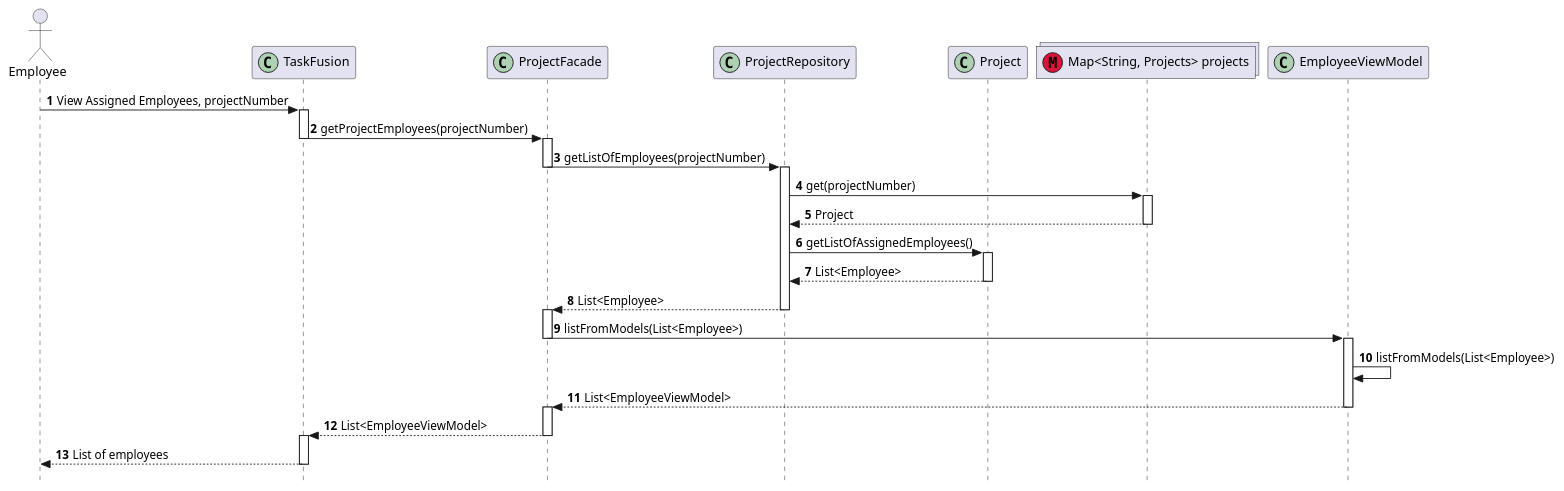
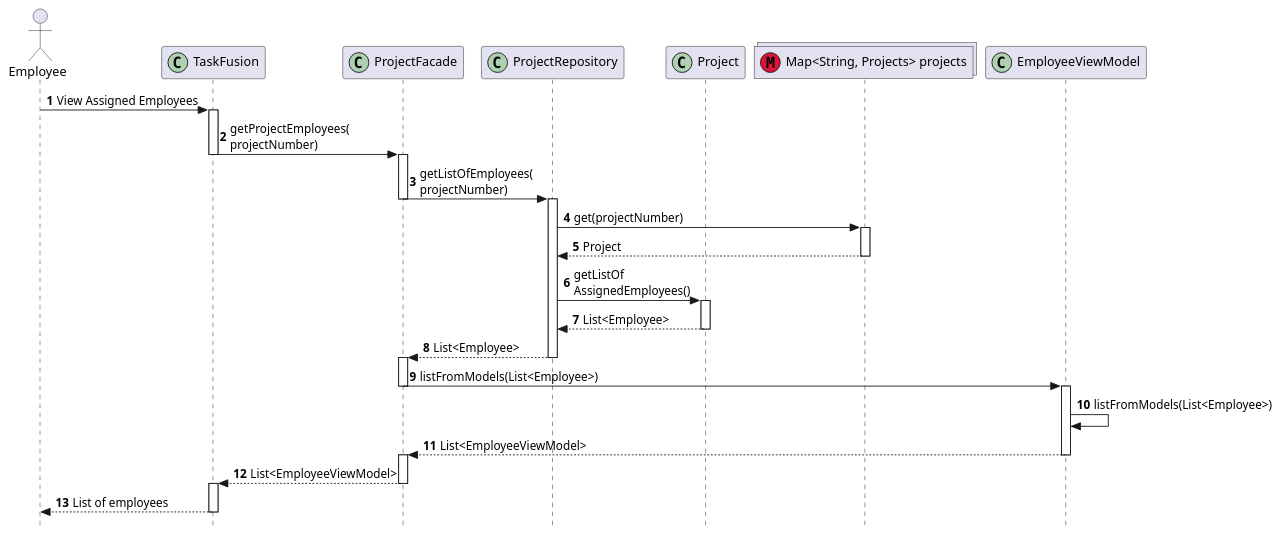
The diagram in RequirementsAndDesign/SequenceDiagrams/viewAssignedEmployees.puml (rwiuff/02161ExamProject), drawn with PlantUML before and after one commit. The commit also changed 23 other files, not shown here.

```diff
--- a/RequirementsAndDesign/SequenceDiagrams/viewAssignedEmployees.puml
+++ b/RequirementsAndDesign/SequenceDiagrams/viewAssignedEmployees.puml
@@ -1,28 +1,28 @@
 @startuml seqViewAssignedEmployees
 autonumber
 hide footbox
 skinparam style strictuml
 hide unlinked
 actor "Employee" as employee
 participant "TaskFusion" as app << (C,#ADD1B2) >>
 participant "ProjectFacade" as projectfacade << (C,#ADD1B2) >>
 participant "ProjectRepository" as projectrepo << (C,#ADD1B2) >>
 participant "Project" as project << (C,#ADD1B2) >>
 collections "Map<String, Projects> projects" as projects << (M, Crimson) >>
 collections "Map<String, Employee> employees" as emps << (M,Crimson) >>
 participant "EmployeeViewModel" as empvm << (C,#ADD1B2) >>
 
-employee -> app++: View Assigned Employees, projectNumber
-app -> projectfacade--++: getProjectEmployees(projectNumber)
-projectfacade -> projectrepo--++: getListOfEmployees(projectNumber)
+employee -> app++: View Assigned Employees
+app -> projectfacade--++: getProjectEmployees(\nprojectNumber)
+projectfacade -> projectrepo--++: getListOfEmployees(\nprojectNumber)
 projectrepo -> projects++: get(projectNumber)
 projects --> projectrepo--: Project
-projectrepo -> project++: getListOfAssignedEmployees()
+projectrepo -> project++: getListOf\nAssignedEmployees()
 project --> projectrepo--: List<Employee>
 projectrepo --> projectfacade--++: List<Employee>
 projectfacade -> empvm--++: listFromModels(List<Employee>)
 empvm -> empvm: listFromModels(List<Employee>)
 empvm --> projectfacade--++: List<EmployeeViewModel>
 projectfacade --> app--++: List<EmployeeViewModel>
 app --> employee--: List of employees
 @enduml
```
